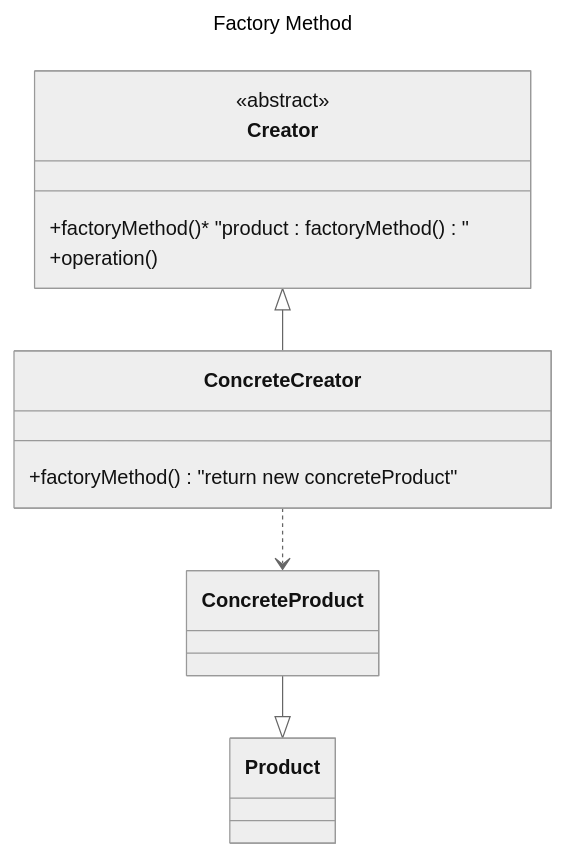
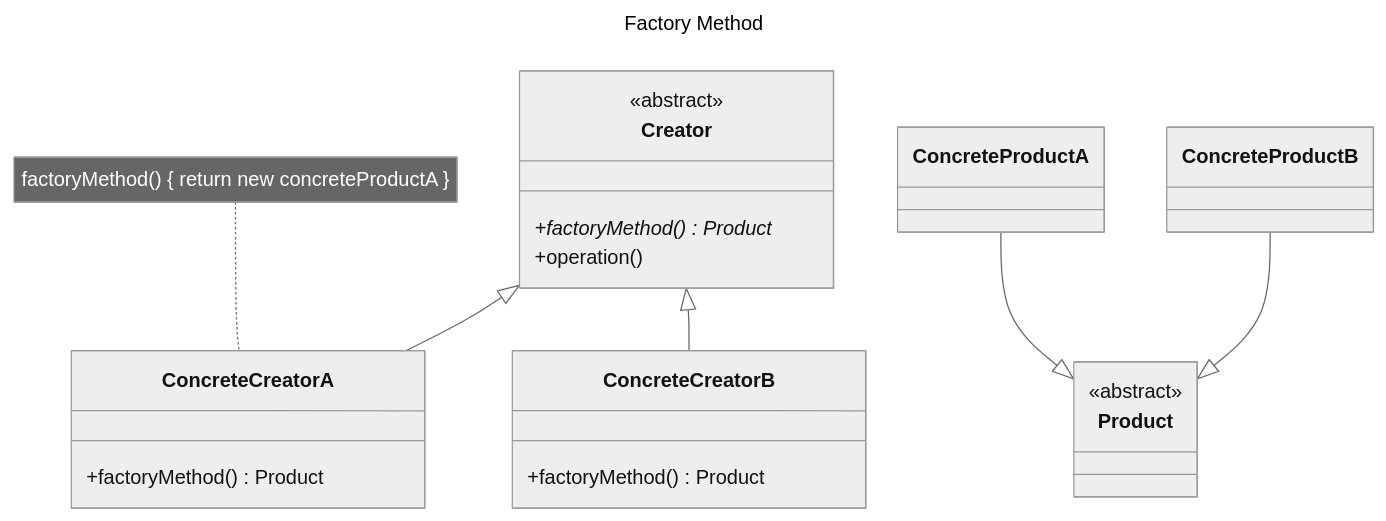
The third of 12 diagrams in README.md (rwibawa/designpatterns), drawn with Mermaid (neutral theme) before and after one commit. The commit also changed other lines of this file and 5 other files, not shown here.

````diff
--- a/README.md
+++ b/README.md
@@ -81,17 +105,26 @@
 ```mermaid
 ---
 title: Factory Method
 ---
 classDiagram
     class Creator {
         <<abstract>>
-        +factoryMethod()* "product : factoryMethod()"
+        +factoryMethod() Product*
         +operation()
     }
     
-    Creator <|-- ConcreteCreator
-    ConcreteCreator : +factoryMethod() "return new concreteProduct"
+    Creator <|-- ConcreteCreatorA
+    Creator <|-- ConcreteCreatorB
     
-    ConcreteCreator ..> ConcreteProduct
-    ConcreteProduct --|> Product
+    note for ConcreteCreatorA "factoryMethod() { return new concreteProductA }"
+    ConcreteCreatorA : +factoryMethod() Product
+    
+    ConcreteCreatorB : +factoryMethod() Product
+    
+    class Product {
+        <<abstract>>
+    }
+
+    ConcreteProductA --|> Product
+    ConcreteProductB --|> Product
 ```
````
